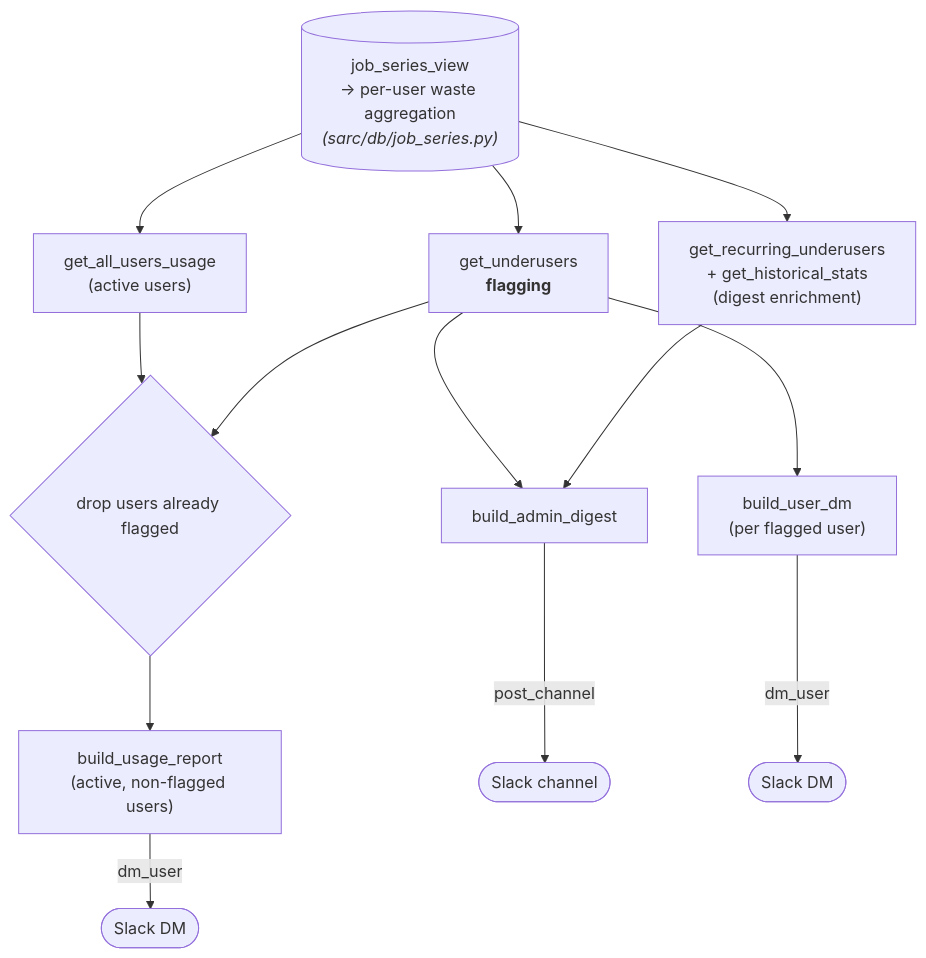
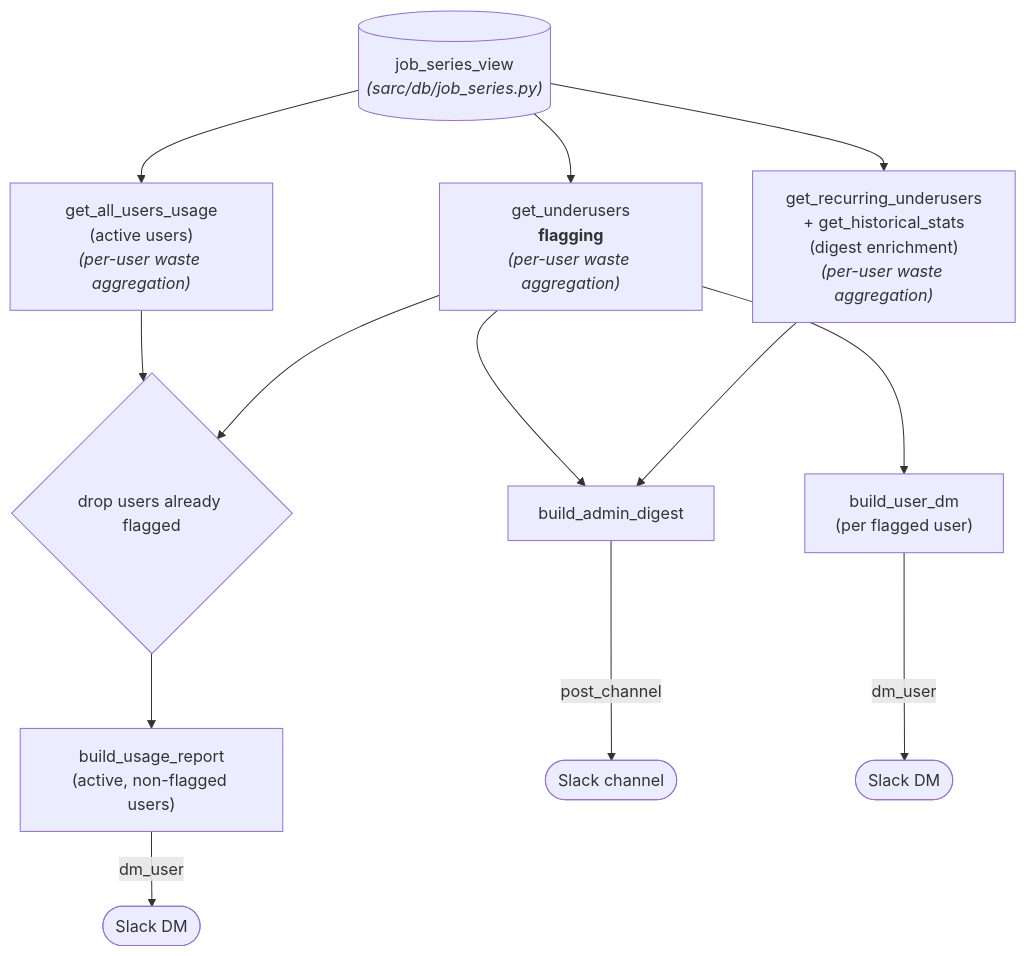
The first of 2 diagrams in docs/dev_overview/underusage_notifications.md (mila-iqia/SARC), drawn with Mermaid before and after one commit.

Commit message:
docs: clarify per-user waste aggregation happens at each underusage consumer
Moves the aggregation note in the flowchart from the shared job_series_view
node to each downstream consumer (flagging, usage, digest enrichment), since
aggregation is per-consumer rather than a single upstream step.

````diff
--- a/docs/dev_overview/underusage_notifications.md
+++ b/docs/dev_overview/underusage_notifications.md
@@ -42,19 +42,19 @@
 ```mermaid
 flowchart TD
-    JS[("job_series_view<br/>→ per-user waste aggregation<br/><i>(sarc/db/job_series.py)</i>")]
+    JS[("job_series_view<br/><i>(sarc/db/job_series.py)</i>")]
 
-    JS --> FLAG["get_underusers<br/><b>flagging</b>"]
-    JS --> USAGE["get_all_users_usage<br/>(active users)"]
-    JS --> REC["get_recurring_underusers<br/>+ get_historical_stats<br/>(digest enrichment)"]
+    JS --> FLAG["get_underusers<br/><b>flagging</b><br/><i>(per-user waste aggregation)</i>"]
+    JS --> USAGE["get_all_users_usage<br/>(active users)<br/><i>(per-user waste aggregation)</i>"]
+    JS --> REC["get_recurring_underusers<br/>+ get_historical_stats<br/>(digest enrichment)<br/><i>(per-user waste aggregation)</i>"]
 
     FLAG --> DIGEST["build_admin_digest"]
     REC --> DIGEST
     FLAG --> DM["build_user_dm<br/>(per flagged user)"]
     USAGE --> SPLIT{"drop users already flagged"}
     FLAG --> SPLIT
     SPLIT --> REPORT["build_usage_report<br/>(active, non-flagged users)"]
 
     DIGEST -->|post_channel| CH(["Slack channel"])
     DM -->|dm_user| U1(["Slack DM"])
     REPORT -->|dm_user| U2(["Slack DM"])
 ```
````
